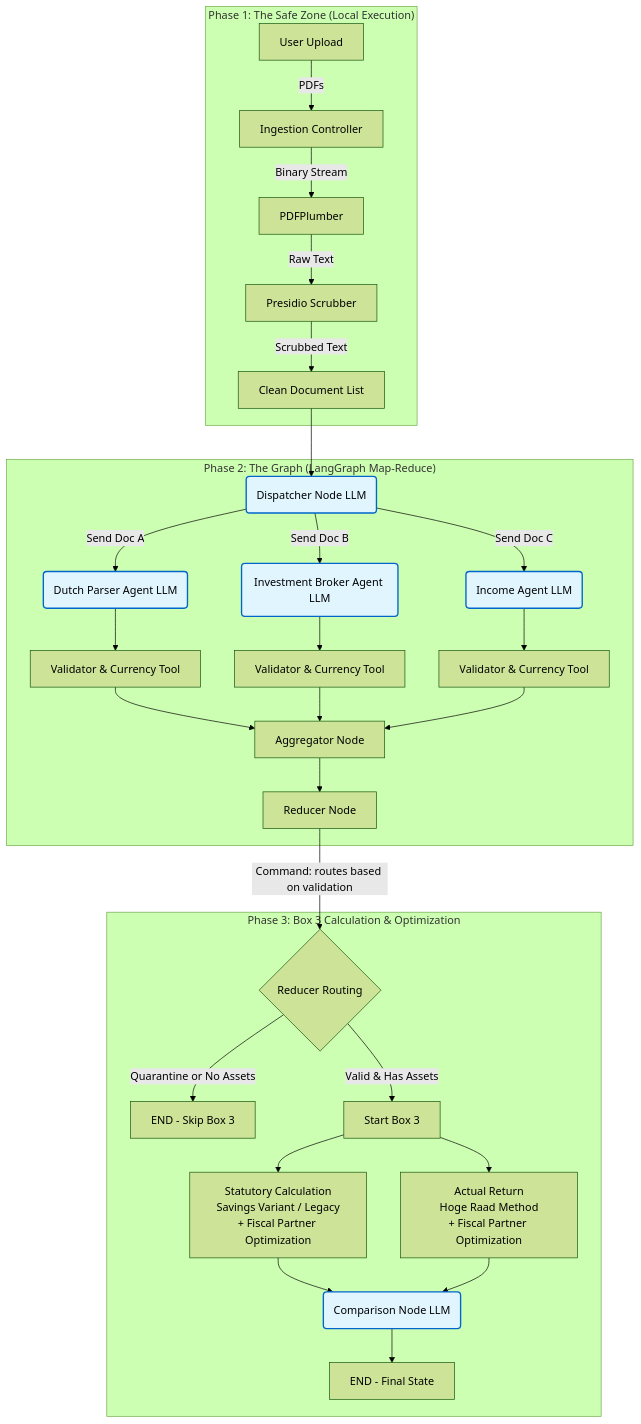
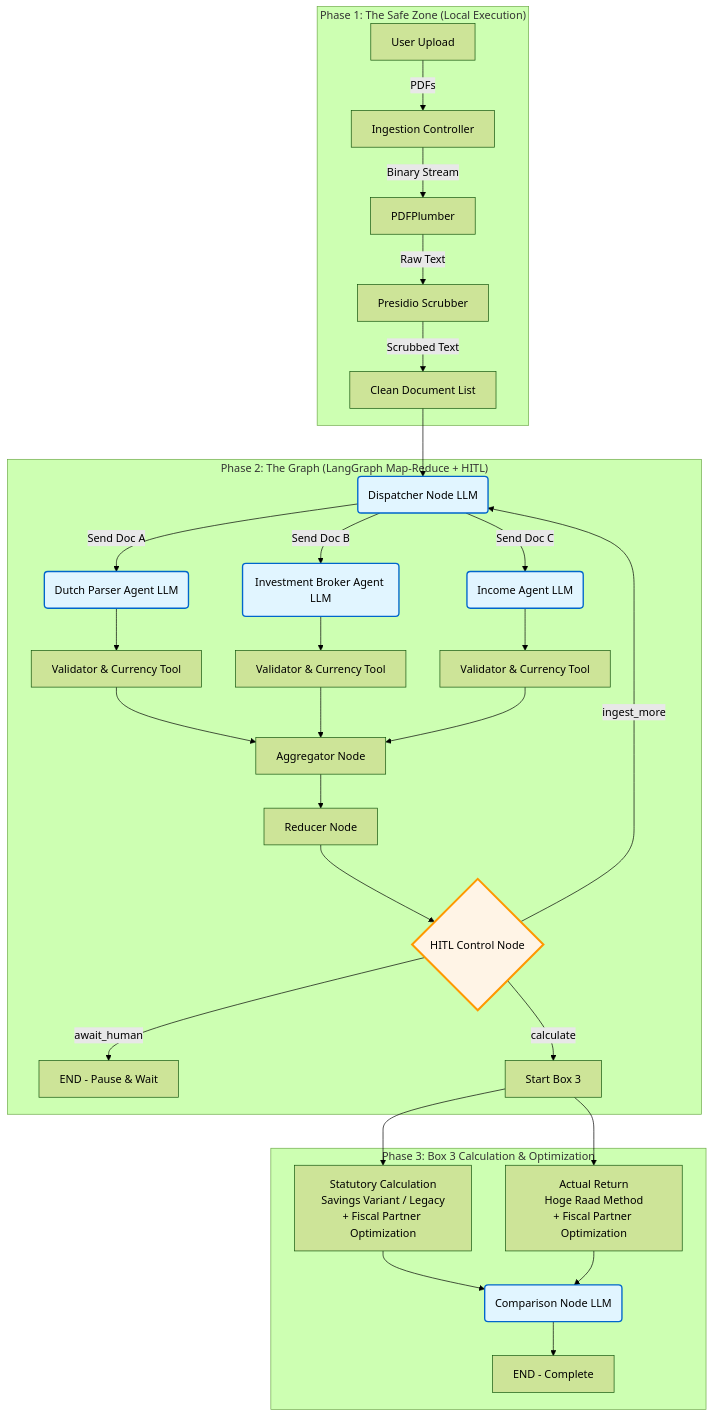
One commit to DavidLimNL/dutch_tax_agent changed the diagram in README.md. Above: the diagram before and after it, drawn with Mermaid (forest theme). The commit also changed other lines of this file and 21 other files, not shown here.

Commit message:
feat(graph): implement Human-in-the-Loop (HITL) support for document processing and session management

````diff
--- a/README.md
+++ b/README.md
@@ -19,48 +20,48 @@
 ```mermaid
 graph TD
     subgraph "Phase 1: The Safe Zone (Local Execution)"
         User[User Upload] -->|PDFs| Ingest[Ingestion Controller]
         Ingest -->|Binary Stream| Parser[PDFPlumber]
         Parser -->|Raw Text| PII[Presidio Scrubber]
         PII -->|Scrubbed Text| SafeData[Clean Document List]
     end
 
-    subgraph "Phase 2: The Graph (LangGraph Map-Reduce)"
+    subgraph "Phase 2: The Graph (LangGraph Map-Reduce + HITL)"
         SafeData --> Dispatcher(Dispatcher Node LLM)
         
         Dispatcher -->|Send Doc A| DutchAgent(Dutch Parser Agent LLM)
         Dispatcher -->|Send Doc B| InvestmentAgent(Investment Broker Agent LLM)
         Dispatcher -->|Send Doc C| SalaryAgent(Income Agent LLM)
         
         DutchAgent --> ValidatorA[Validator & Currency Tool]
         InvestmentAgent --> ValidatorB[Validator & Currency Tool]
         SalaryAgent --> ValidatorC[Validator & Currency Tool]
         
         ValidatorA --> Aggregate[Aggregator Node]
         ValidatorB --> Aggregate
         ValidatorC --> Aggregate
         
         Aggregate --> Reducer[Reducer Node]
+        Reducer --> HITL{HITL Control Node}
+        
+        HITL -->|await_human| Pause[END - Pause & Wait]
+        HITL -->|ingest_more| Dispatcher
+        HITL -->|calculate| StartBox3[Start Box 3]
     end
 
     subgraph "Phase 3: Box 3 Calculation & Optimization"
-        Reducer -->|Command: routes based on validation| Check{Reducer Routing}
-        
-        Check -->|Quarantine or No Assets| End1[END - Skip Box 3]
-        
-        Check -->|Valid & Has Assets| StartBox3[Start Box 3]
-        
         StartBox3 --> Statutory[Statutory Calculation<br/>Savings Variant / Legacy<br/>+ Fiscal Partner Optimization]
         StartBox3 --> Actual[Actual Return<br/>Hoge Raad Method<br/>+ Fiscal Partner Optimization]
         
         Statutory --> Compare(Comparison Node LLM)
         Actual --> Compare
-        Compare --> End2[END - Final State]
+        Compare --> End2[END - Complete]
     end
 
     style Dispatcher fill:#e1f5ff,stroke:#0066cc,stroke-width:2px
     style DutchAgent fill:#e1f5ff,stroke:#0066cc,stroke-width:2px
     style InvestmentAgent fill:#e1f5ff,stroke:#0066cc,stroke-width:2px
     style SalaryAgent fill:#e1f5ff,stroke:#0066cc,stroke-width:2px
     style Compare fill:#e1f5ff,stroke:#0066cc,stroke-width:2px
+    style HITL fill:#fff4e6,stroke:#ff9800,stroke-width:3px
 ```
````
